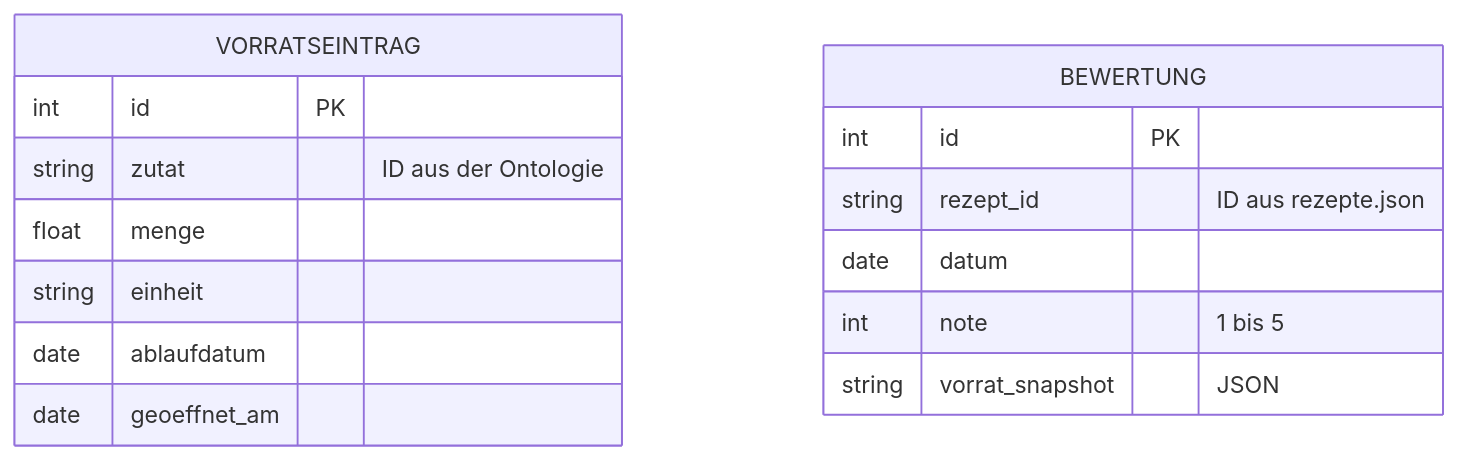
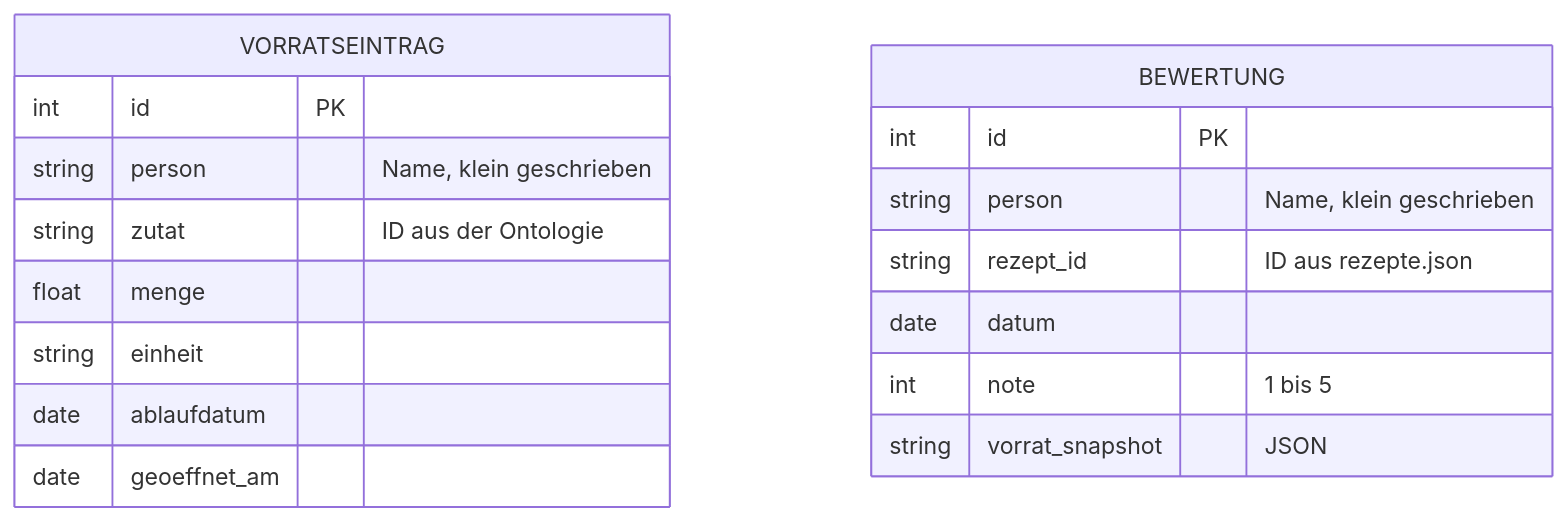
Before and after one commit to FHNWjanwolf/Cooler-AI: the second of 2 diagrams in docs/datenmodell.md, drawn with Mermaid. The commit also changed other lines of this file and 8 other files, not shown here.

````diff
--- a/docs/datenmodell.md
+++ b/docs/datenmodell.md
@@ -58,18 +58,20 @@
 ```mermaid
 erDiagram
   VORRATSEINTRAG {
     int id PK
+    string person "Name, klein geschrieben"
     string zutat "ID aus der Ontologie"
     float menge
     string einheit
     date ablaufdatum
     date geoeffnet_am
   }
   BEWERTUNG {
     int id PK
+    string person "Name, klein geschrieben"
     string rezept_id "ID aus rezepte.json"
     date datum
     int note "1 bis 5"
     string vorrat_snapshot "JSON"
   }
 ```
````
